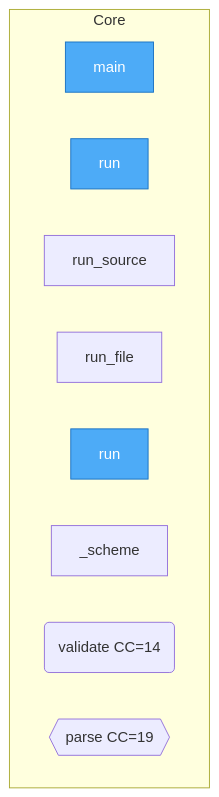
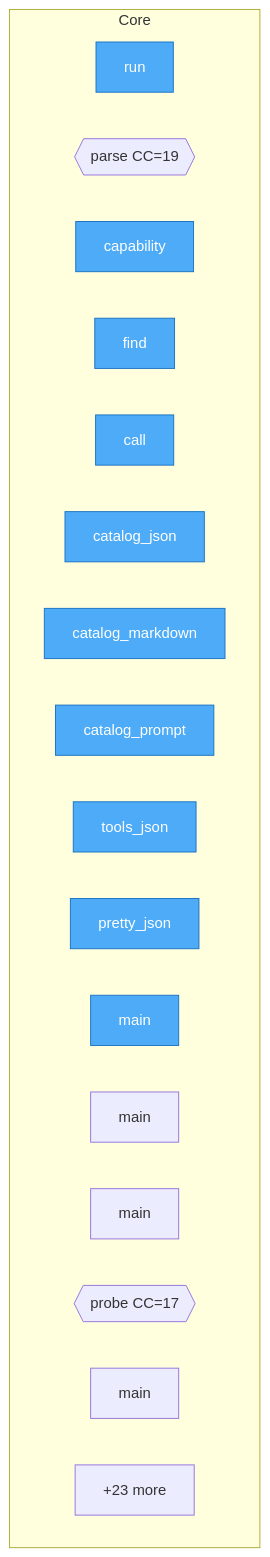
Before and after one commit to if-uri/urivision: the diagram in project/flow.mmd, drawn with Mermaid. The commit also changed 26 other files, not shown here.

```diff
--- a/project/flow.mmd
+++ b/project/flow.mmd
@@ -1,18 +1,26 @@
 flowchart TD
 %% generated in 0.00s
 
     %% Entry points (blue)
     classDef entry fill:#4dabf7,stroke:#1971c2,color:#fff
 
     subgraph Core
-        src__urivision__cli__main["main"]
         src__urivision__runner_litellm__run["run"]
-        src__urivision__run_source["run_source"]
-        src__urivision__run_file["run_file"]
-        src__urivision__run["run"]
-        src__urivision__validators___scheme["_scheme"]
-        src__urivision__validators__validate("validate CC=14")
         src__urivision__dsl__parse{{parse CC=19}}
+        src__urivision__registry__CapabilityRegistry__capability["capability"]
+        src__urivision__registry__CapabilityRegistry__find["find"]
+        src__urivision__registry__CapabilityRegistry__call["call"]
+        src__urivision__registry__CapabilityRegistry__catalog_json["catalog_json"]
+        src__urivision__registry__CapabilityRegistry__catalog_markdown["catalog_markdown"]
+        src__urivision__registry__CapabilityRegistry__catalog_prompt["catalog_prompt"]
+        src__urivision__registry__CapabilityRegistry__tools_json["tools_json"]
+        src__urivision__registry__pretty_json["pretty_json"]
+        tools__check_confidence_gate__main["main"]
+        tools__run_native_lab_matrix__main["main"]
+        tools__run_backend_matrix__main["main"]
+        tools__probe_native_host__probe{{probe CC=17}}
+        tools__probe_native_host__main["main"]
+        ...["+23 more"]
     end
 
-    class src__urivision__cli__main,src__urivision__runner_litellm__run,src__urivision__run entry
+    class src__urivision__runner_litellm__run,src__urivision__registry__CapabilityRegistry__capability,src__urivision__registry__CapabilityRegistry__find,src__urivision__registry__CapabilityRegistry__call,src__urivision__registry__CapabilityRegistry__catalog_json,src__urivision__registry__CapabilityRegistry__catalog_markdown,src__urivision__registry__CapabilityRegistry__catalog_prompt,src__urivision__registry__CapabilityRegistry__tools_json,src__urivision__registry__pretty_json,tools__check_confidence_gate__main entry
```
